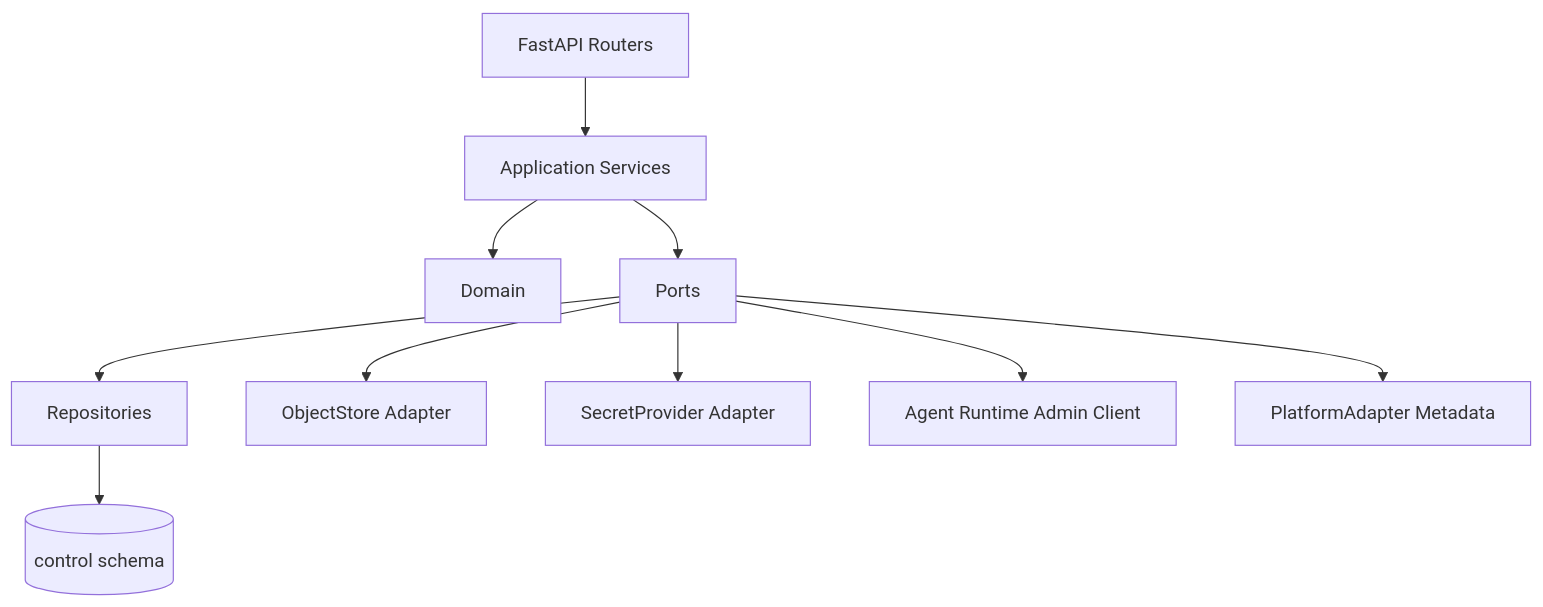
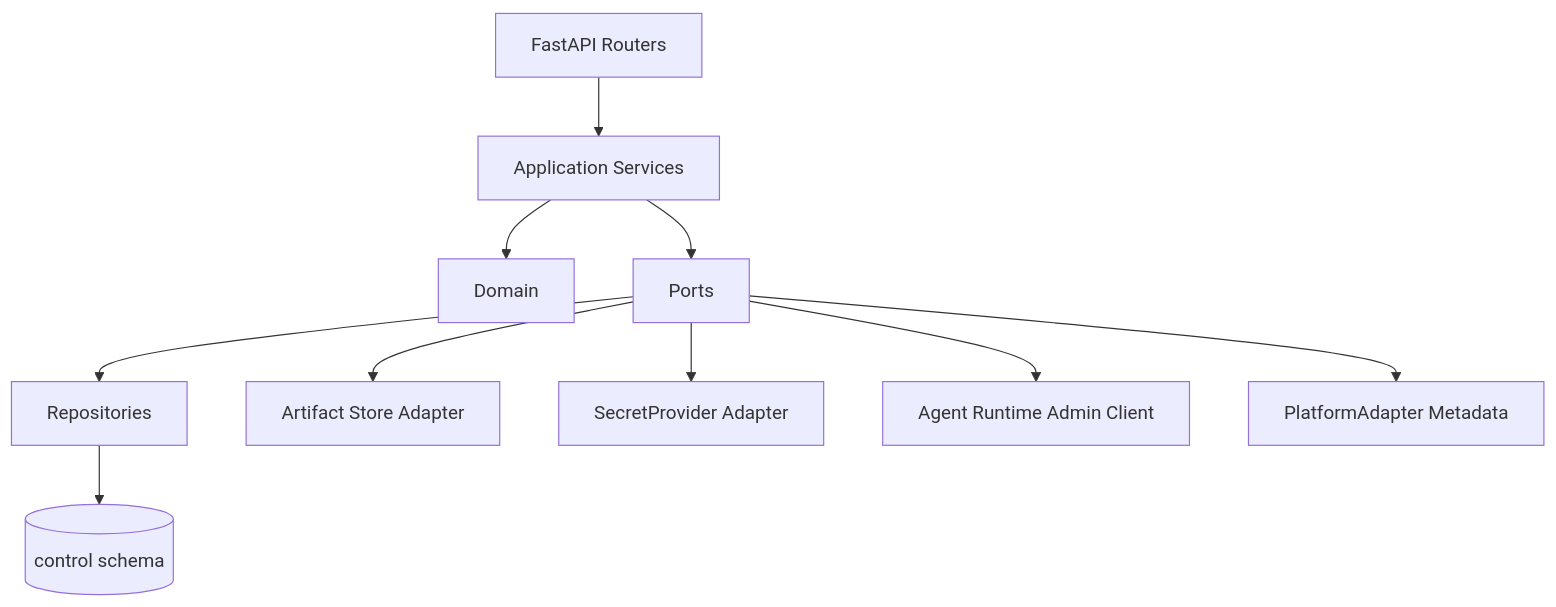
One commit to Michaelxwb/fluxion-harness changed the first of 5 diagrams in docs/03-Console-Platform详细设计.md. Above: the diagram before and after it, drawn with Mermaid. The commit also changed other lines of this file and 55 other files, not shown here.

````diff
--- a/docs/03-Console-Platform详细设计.md
+++ b/docs/03-Console-Platform详细设计.md
@@ -24,12 +24,12 @@
 ```mermaid
 flowchart TD
     API[FastAPI Routers] --> APP[Application Services]
     APP --> DOM[Domain]
     APP --> PORT[Ports]
     PORT --> REPO[Repositories]
-    PORT --> OBJ[ObjectStore Adapter]
+    PORT --> OBJ[Artifact Store Adapter]
     PORT --> SECRET[SecretProvider Adapter]
     PORT --> RUNTIME[Agent Runtime Admin Client]
     PORT --> ADAPTER[PlatformAdapter Metadata]
     REPO --> DB[(control schema)]
 ```
````
